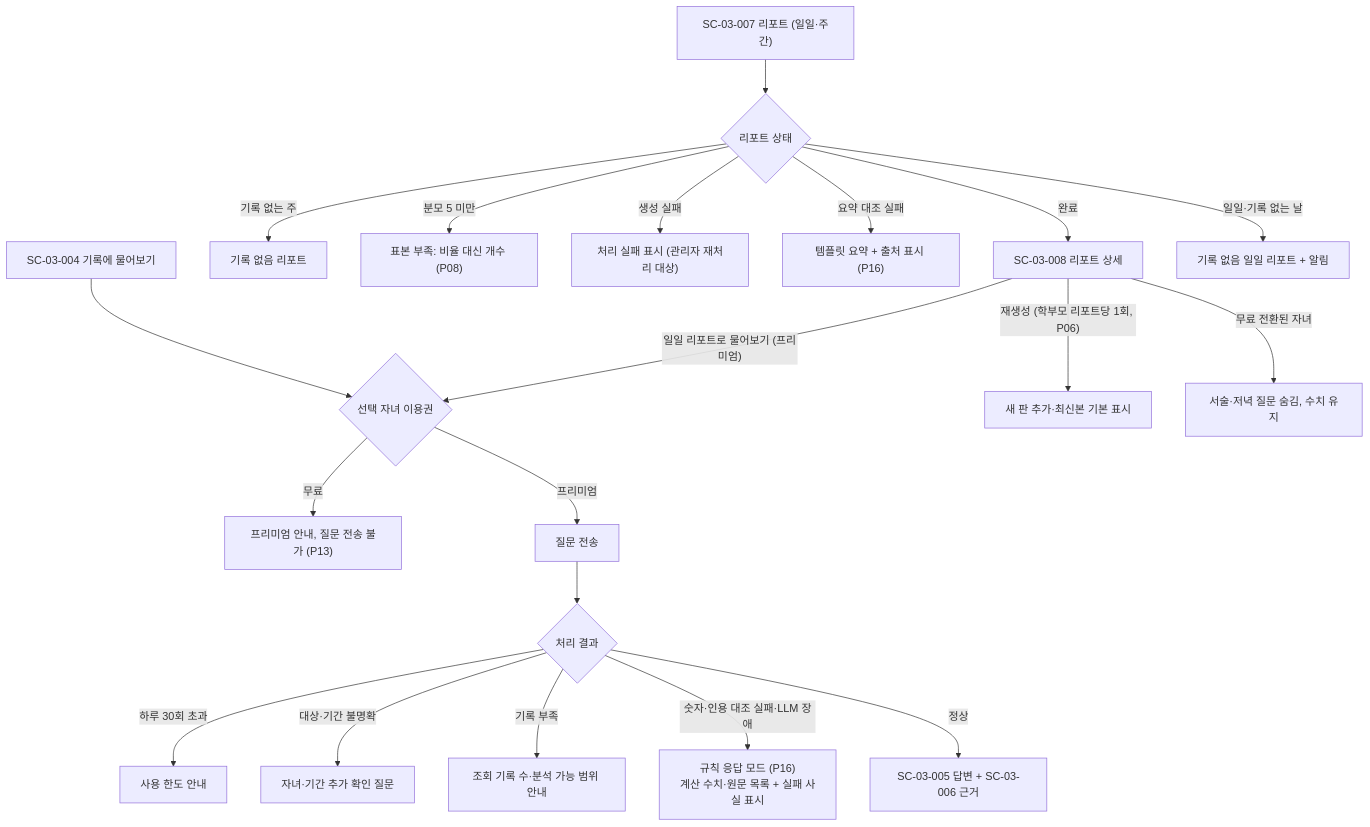
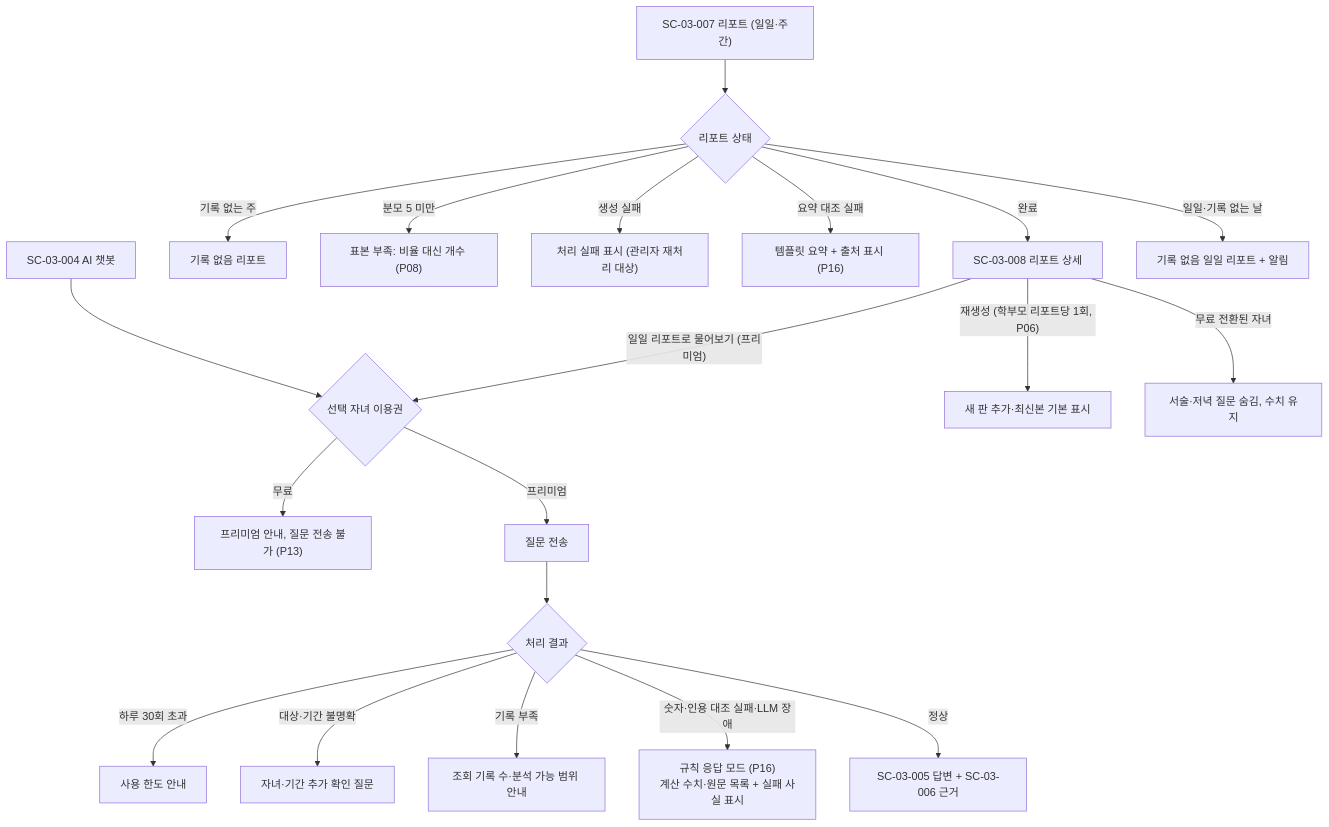
One commit to SKNETWORKS-FAMILY-AICAMP/SKN34-FINAL-3TEAM changed the eighth of 12 diagrams in docs/design/user-flow.md. Above: the diagram before and after it, drawn with Mermaid. The commit also changed other lines of this file and 26 other files, not shown here.

````diff
--- a/docs/design/user-flow.md
+++ b/docs/design/user-flow.md
@@ -296,23 +296,23 @@
 ```mermaid
 flowchart TD
-  AN["SC-03-004 기록에 물어보기"] --> C{"선택 자녀 이용권"}
+  AN["SC-03-004 AI 챗봇"] --> C{"선택 자녀 이용권"}
   C -->|"무료"| N1["프리미엄 안내, 질문 전송 불가 (P13)"]
   C -->|"프리미엄"| Q["질문 전송"]
   Q --> R{"처리 결과"}
   R -->|"하루 30회 초과"| N2["사용 한도 안내"]
   R -->|"대상·기간 불명확"| N3["자녀·기간 추가 확인 질문"]
   R -->|"기록 부족"| N4["조회 기록 수·분석 가능 범위 안내"]
   R -->|"숫자·인용 대조 실패·LLM 장애"| N5["규칙 응답 모드 (P16)<br/>계산 수치·원문 목록 + 실패 사실 표시"]
   R -->|"정상"| OK["SC-03-005 답변 + SC-03-006 근거"]
 
   RP["SC-03-007 리포트 (일일·주간)"] --> RS{"리포트 상태"}
   RS -->|"기록 없는 주"| M1["기록 없음 리포트"]
   RS -->|"분모 5 미만"| M2["표본 부족: 비율 대신 개수 (P08)"]
   RS -->|"생성 실패"| M3["처리 실패 표시 (관리자 재처리 대상)"]
   RS -->|"요약 대조 실패"| M4["템플릿 요약 + 출처 표시 (P16)"]
   RS -->|"완료"| M5["SC-03-008 리포트 상세"]
   M5 -->|"재생성 (학부모 리포트당 1회, P06)"| M6["새 판 추가·최신본 기본 표시"]
   M5 -->|"무료 전환된 자녀"| M7["서술·저녁 질문 숨김, 수치 유지"]
   RS -->|"일일·기록 없는 날"| M8["기록 없음 일일 리포트 + 알림"]
   M5 -->|"일일 리포트로 물어보기 (프리미엄)"| C
 ```
````
